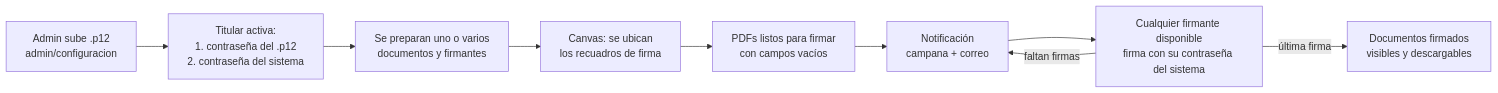
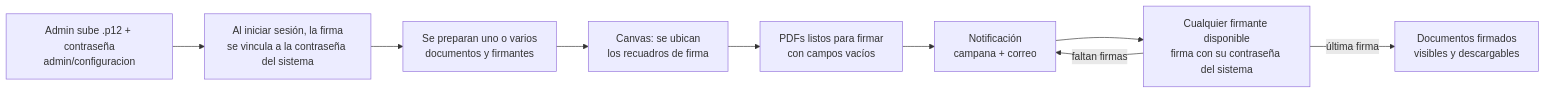
One commit to deyvid-capital/Sistema-ICU changed the diagram in Docs/firma-digital/README.md. Above: the diagram before and after it, drawn with Mermaid. The commit also changed other lines of this file and 35 other files, not shown here.

````diff
--- a/Docs/firma-digital/README.md
+++ b/Docs/firma-digital/README.md
@@ -31,11 +31,11 @@
 ```mermaid
 flowchart LR
-    A[Admin sube .p12<br/>admin/configuracion] --> B[Titular activa:<br/>1. contraseña del .p12<br/>2. contraseña del sistema]
+    A[Admin sube .p12 + contraseña<br/>admin/configuracion] --> B[Al iniciar sesión, la firma<br/>se vincula a la contraseña del sistema]
     B --> C[Se preparan uno o varios<br/>documentos y firmantes]
     C --> D[Canvas: se ubican<br/>los recuadros de firma]
     D --> E[PDFs listos para firmar<br/>con campos vacíos]
     E --> F[Notificación<br/>campana + correo]
     F --> G[Cualquier firmante disponible<br/>firma con su contraseña del sistema]
     G -->|faltan firmas| F
     G -->|última firma| H[Documentos firmados<br/>visibles y descargables]
 ```
````
